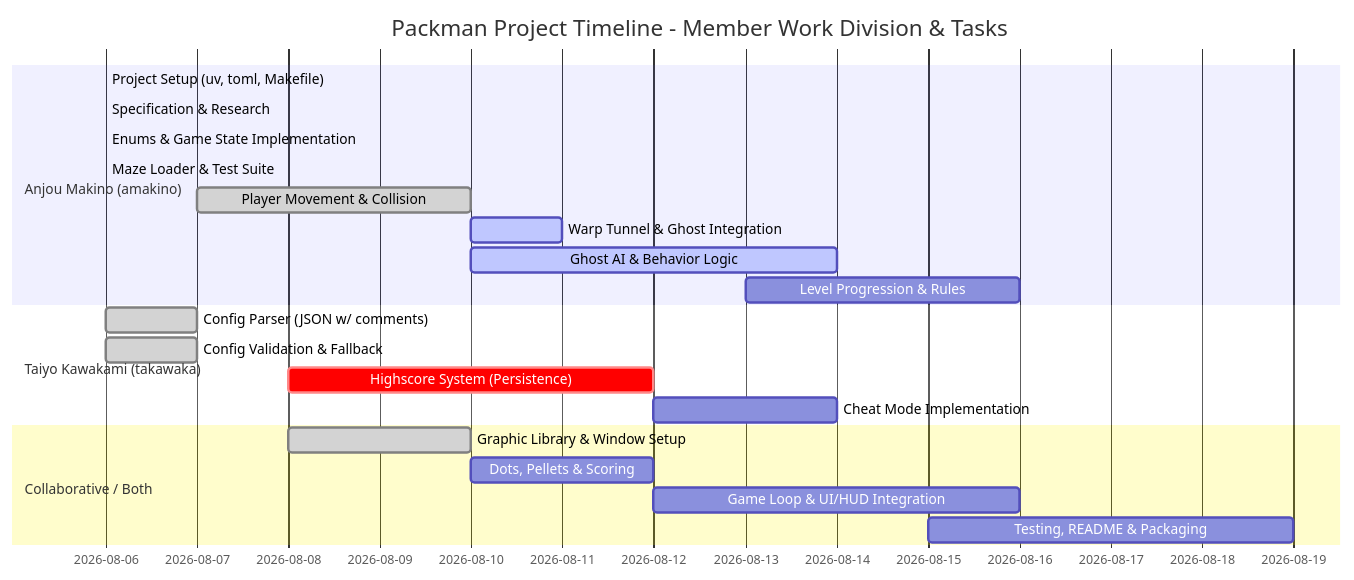
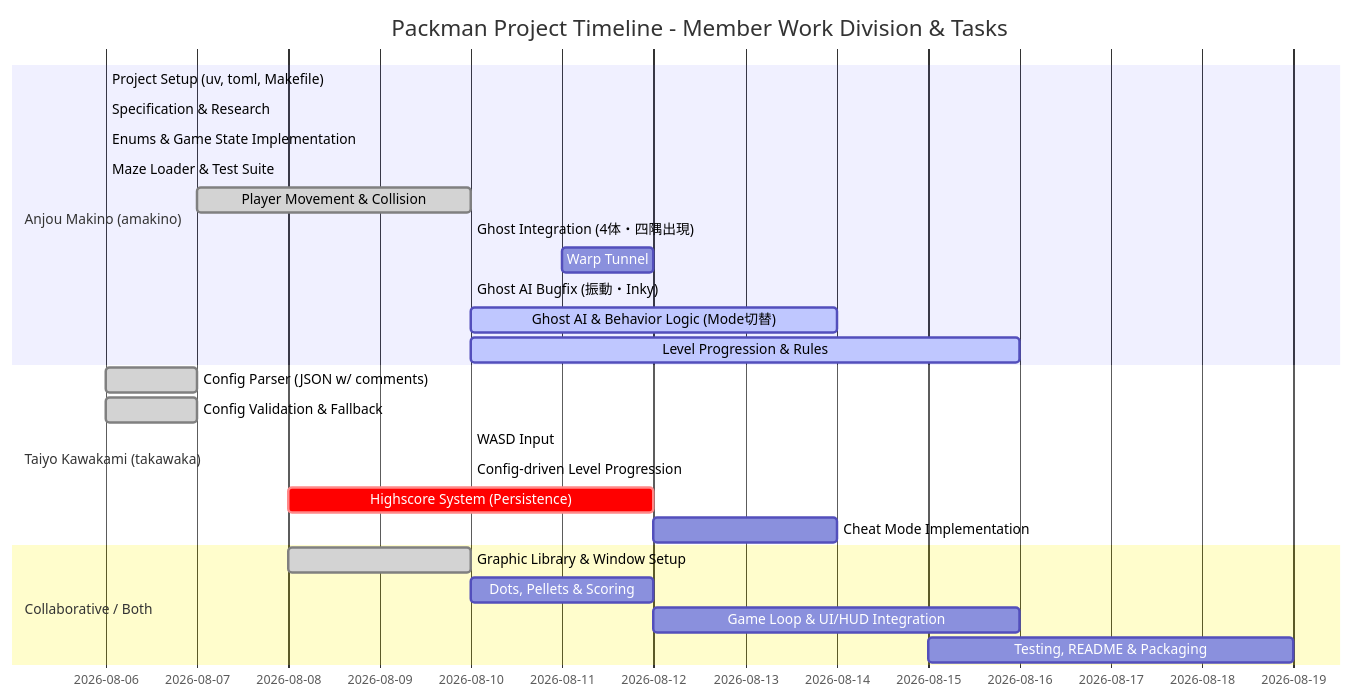
Before and after one commit to anju0618/Pacman: the diagram in management/gant.md, drawn with Mermaid. The commit also changed other lines of this file and 25 other files, not shown here.

````diff
--- a/management/gant.md
+++ b/management/gant.md
@@ -11,27 +13,31 @@
 ```mermaid
 gantt
     title Packman Project Timeline - Member Work Division & Tasks
     dateFormat  YYYY-MM-DD
     
     section Anjou Makino (amakino)
     Project Setup (uv, toml, Makefile) :done, a1, 2026-08-06, 2026-08-06
     Specification & Research           :done, a2, 2026-08-06, 2026-08-06
     Enums & Game State Implementation  :done, a3, 2026-08-06, 2026-08-06
     Maze Loader & Test Suite           :done, a4, 2026-08-06, 2026-08-06
     Player Movement & Collision        :done, a5, 2026-08-07, 2026-08-10
-    Warp Tunnel & Ghost Integration     :active, a5b, 2026-08-10, 2026-08-11
-    Ghost AI & Behavior Logic          :active, a6, 2026-08-10, 2026-08-14
-    Level Progression & Rules          :        a7, 2026-08-13, 2026-08-16
+    Ghost Integration (4体・四隅出現)   :done, a5b, 2026-08-10, 2026-08-10
+    Warp Tunnel                        :        a5c, 2026-08-11, 2026-08-12
+    Ghost AI Bugfix (振動・Inky)        :done, a6a, 2026-08-10, 2026-08-10
+    Ghost AI & Behavior Logic (Mode切替) :active, a6, 2026-08-10, 2026-08-14
+    Level Progression & Rules          :active, a7, 2026-08-10, 2026-08-16
 
     section Taiyo Kawakami (takawaka)
     Config Parser (JSON w/ comments)   :done, t1, 2026-08-06, 2026-08-07
     Config Validation & Fallback       :done, t2, 2026-08-06, 2026-08-07
+    WASD Input                         :done, t2b, 2026-08-10, 2026-08-10
+    Config-driven Level Progression    :done, t2c, 2026-08-10, 2026-08-10
     Highscore System (Persistence)     :crit, t3, 2026-08-08, 2026-08-12
     Cheat Mode Implementation          :        t4, 2026-08-12, 2026-08-14
 
     section Collaborative / Both
     Graphic Library & Window Setup     :done, j1, 2026-08-08, 2026-08-10
     Dots, Pellets & Scoring            :        j1b, 2026-08-10, 2026-08-12
     Game Loop & UI/HUD Integration     :        j2, 2026-08-12, 2026-08-16
     Testing, README & Packaging        :        j3, 2026-08-15, 2026-08-19
 ```
````
